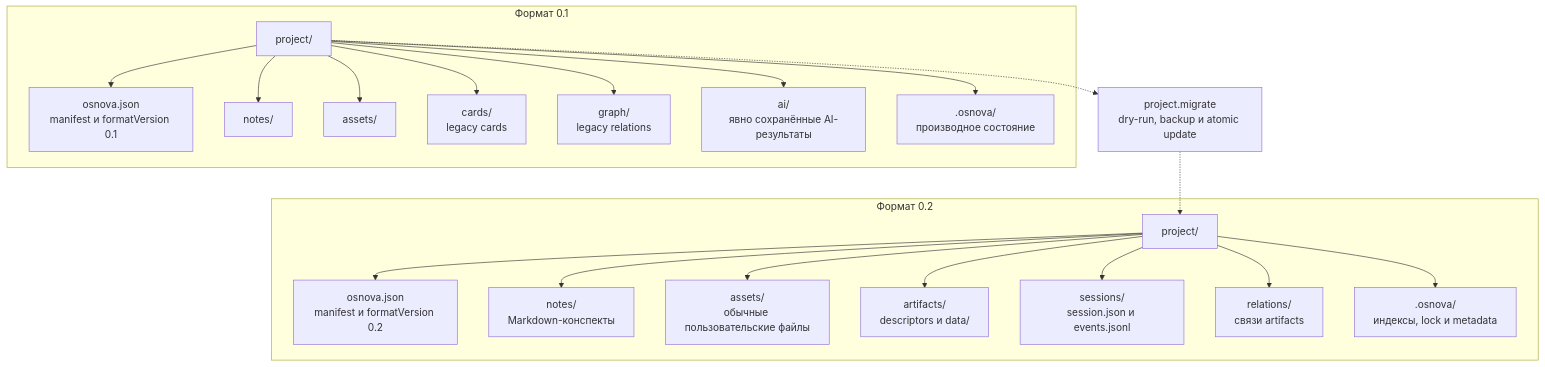
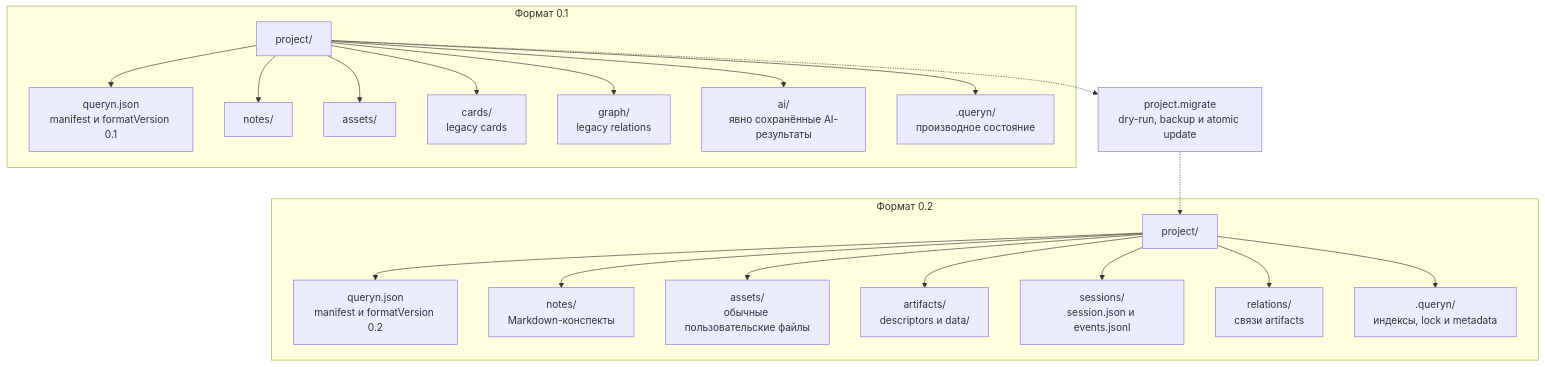
One commit to Queryn-labs/queryn-docs changed the diagram in docs/specification/index.md. Above: the diagram before and after it, drawn with Mermaid. The commit also changed other lines of this file and 48 other files, not shown here.

````diff
--- a/docs/specification/index.md
+++ b/docs/specification/index.md
@@ -26,42 +26,42 @@
 ```mermaid
 flowchart TB
   subgraph Format02["Формат 0.2"]
     Project02["project/"]
-    Manifest02["osnova.json<br/>manifest и formatVersion 0.2"]
+    Manifest02["queryn.json<br/>manifest и formatVersion 0.2"]
     Notes02["notes/<br/>Markdown-конспекты"]
     Assets02["assets/<br/>обычные пользовательские файлы"]
     Artifacts02["artifacts/<br/>descriptors и data/"]
     Sessions02["sessions/<br/>session.json и events.jsonl"]
     Relations02["relations/<br/>связи artifacts"]
-    Derived02[".osnova/<br/>индексы, lock и metadata"]
+    Derived02[".queryn/<br/>индексы, lock и metadata"]
     Project02 --> Manifest02
     Project02 --> Notes02
     Project02 --> Assets02
     Project02 --> Artifacts02
     Project02 --> Sessions02
     Project02 --> Relations02
     Project02 --> Derived02
   end
 
   subgraph Format01["Формат 0.1"]
     Project01["project/"]
-    Manifest01["osnova.json<br/>manifest и formatVersion 0.1"]
+    Manifest01["queryn.json<br/>manifest и formatVersion 0.1"]
     Notes01["notes/"]
     Assets01["assets/"]
     Cards01["cards/<br/>legacy cards"]
     Graph01["graph/<br/>legacy relations"]
     Ai01["ai/<br/>явно сохранённые AI-результаты"]
-    Derived01[".osnova/<br/>производное состояние"]
+    Derived01[".queryn/<br/>производное состояние"]
     Project01 --> Manifest01
     Project01 --> Notes01
     Project01 --> Assets01
     Project01 --> Cards01
     Project01 --> Graph01
     Project01 --> Ai01
     Project01 --> Derived01
   end
 
   Migration["project.migrate<br/>dry-run, backup и atomic update"]
   Project01 -.-> Migration
   Migration -.-> Project02
 ```
````
